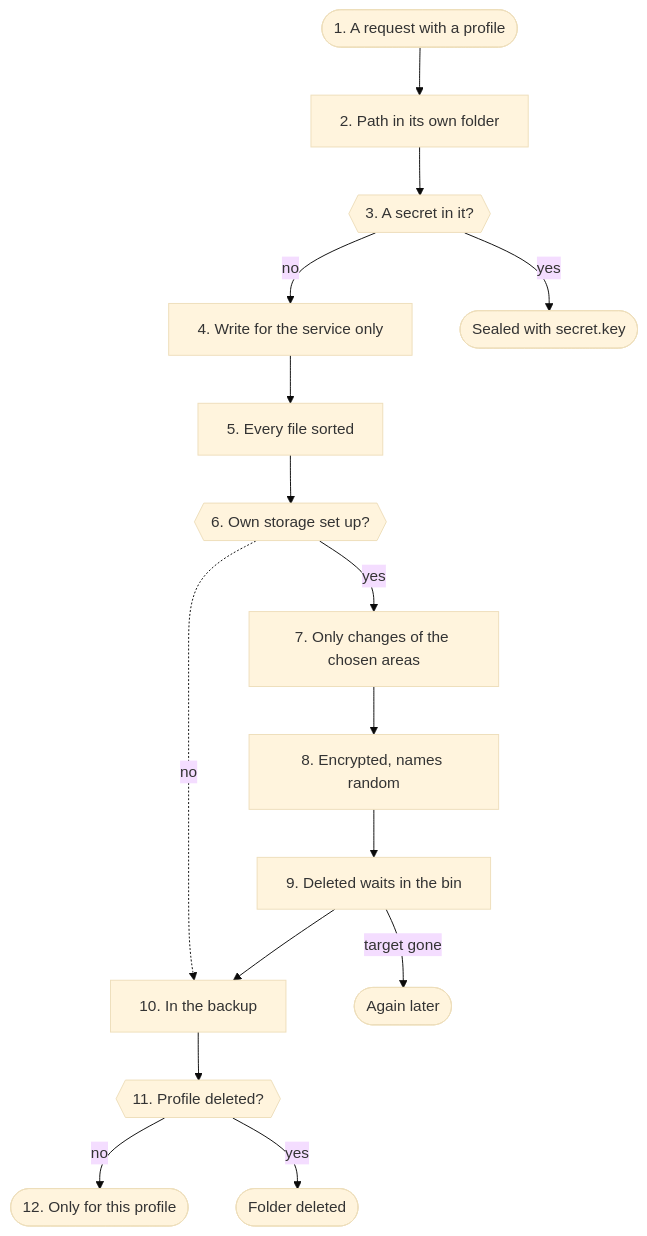
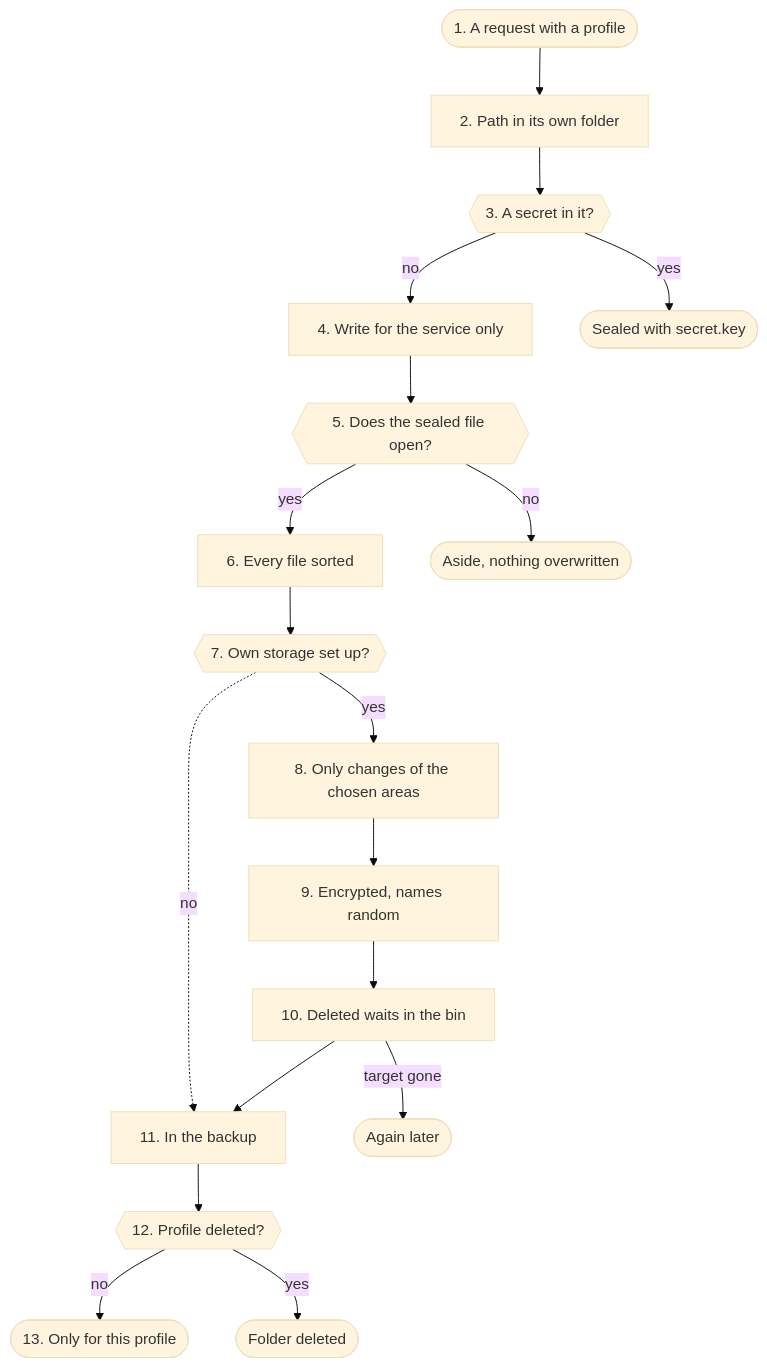
Diagram 25 of 31 in docs/en/architecture.md (db9979/speech-on-dgx-spark), drawn with Mermaid (base theme) before and after one commit. The commit also changed other lines of this file and 39 other files, not shown here.

````diff
--- a/docs/en/architecture.md
+++ b/docs/en/architecture.md
@@ -3528,33 +3537,37 @@
 ```mermaid
 flowchart TD
   s1(["1. A request with a profile"])
   s2["2. Path in its own folder"]
   s3{{"3. A secret in it?"}}
   s4["4. Write for the service only"]
-  s5["5. Every file sorted"]
-  s6{{"6. Own storage set up?"}}
-  s7["7. Only changes of the chosen areas"]
-  s8["8. Encrypted, names random"]
-  s9["9. Deleted waits in the bin"]
-  s10["10. In the backup"]
-  s11{{"11. Profile deleted?"}}
-  s12(["12. Only for this profile"])
+  s4b{{"5. Does the sealed file open?"}}
+  s5["6. Every file sorted"]
+  s6{{"7. Own storage set up?"}}
+  s7["8. Only changes of the chosen areas"]
+  s8["9. Encrypted, names random"]
+  s9["10. Deleted waits in the bin"]
+  s10["11. In the backup"]
+  s11{{"12. Profile deleted?"}}
+  s12(["13. Only for this profile"])
   s1 --> s2
   s2 --> s3
   s3 -->|no| s4
-  s4 --> s5
+  s4 --> s4b
+  s4b -->|yes| s5
   s5 --> s6
   s6 -->|yes| s7
   s7 --> s8
   s8 --> s9
   s9 --> s10
   s10 --> s11
   s11 -->|no| s12
   s3x(["Sealed with secret.key"])
   s3 -->|yes| s3x
+  s4bx(["Aside, nothing overwritten"])
+  s4b -->|no| s4bx
   s6 -.->|no| s10
   s9x(["Again later"])
   s9 -->|target gone| s9x
   s11x(["Folder deleted"])
   s11 -->|yes| s11x
 ```
````
